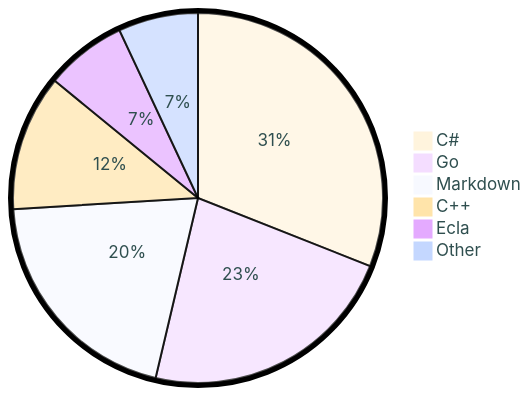
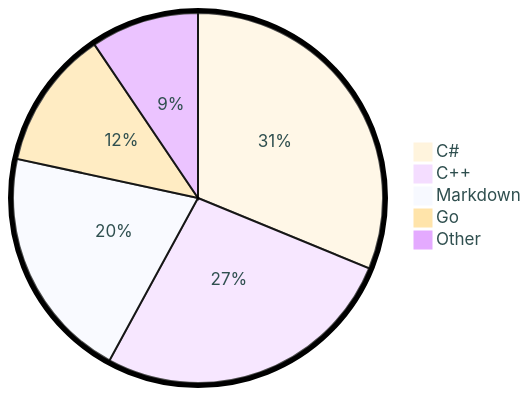
The diagram in README.md (tot0p/tot0p), drawn with Mermaid before and after one commit. The commit also changed other lines of this file, not shown here.

````diff
--- a/README.md
+++ b/README.md
@@ -79,10 +78,9 @@
 ```mermaid
 %%{init: {"pie": {"textPosition": 0.5}, "themeVariables": {"pieOuterStrokeWidth": "5px","primaryTextColor" : "#2F4F4F"},"theme":"base"} }%%
 pie
-	"C#": 31.0
-	"Go": 22.68
-	"Markdown": 20.36
-	"C++": 11.88
-	"Ecla": 7.11
-	"Other": 6.97
+	"C#": 31.21
+	"C++": 26.73
+	"Markdown": 20.45
+	"Go": 12.16
+	"Other": 9.45
 ```
````
